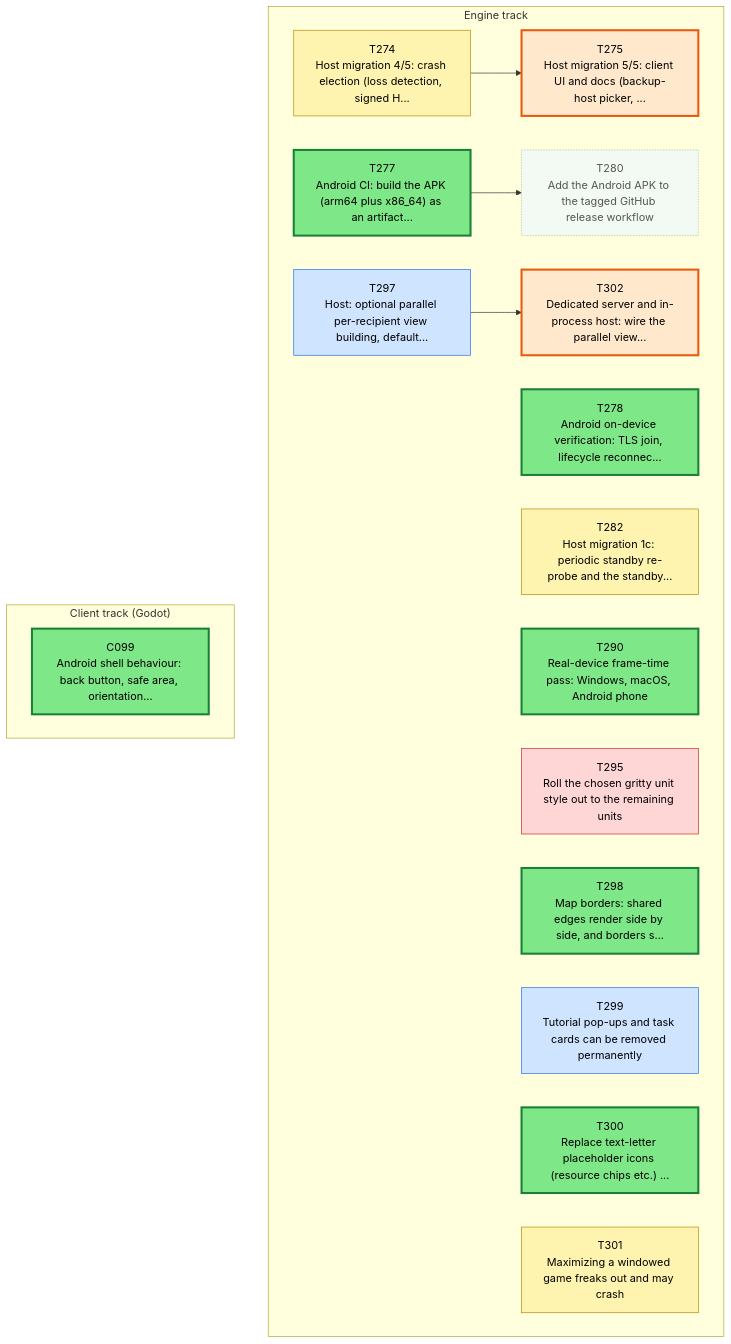
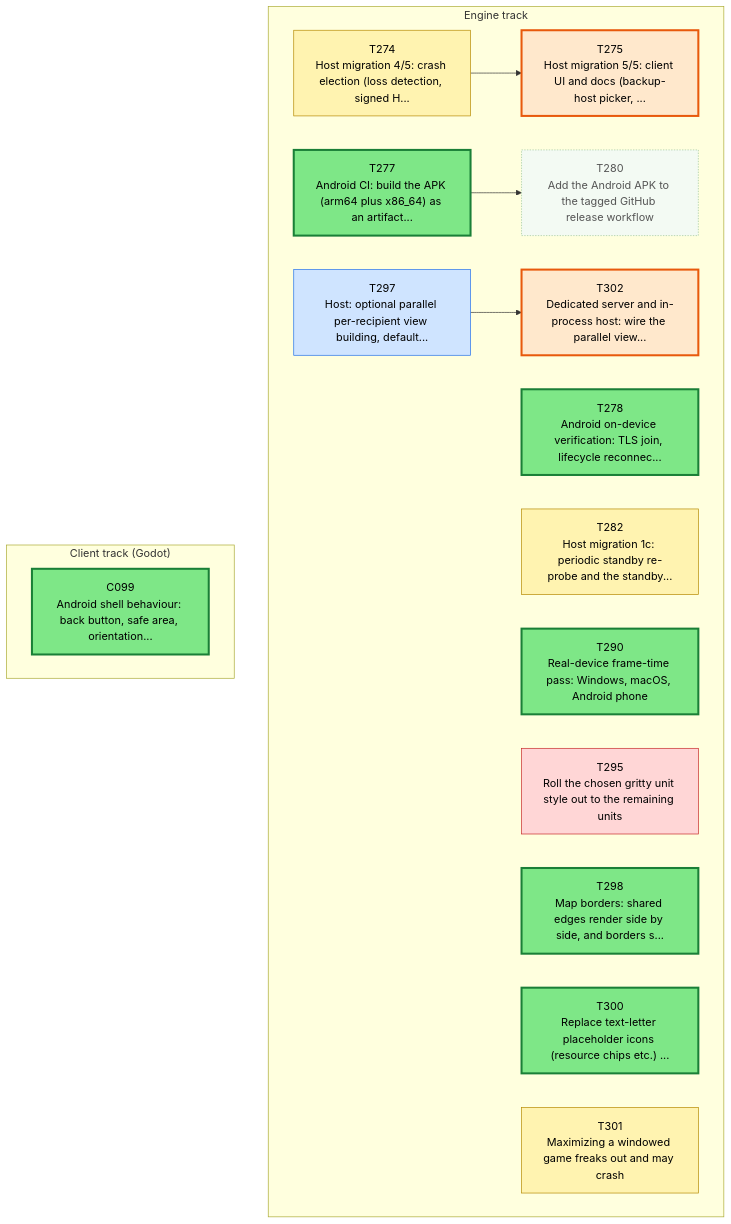
Before and after one commit to Kenmura/Unciv: the first of 3 diagrams in csharp/migration/DEPENDENCY_MAP.md, drawn with Mermaid. The commit also changed other lines of this file and 1 other file, not shown here.

Commit message:
migration: review T299 pass [Claude, isolated adversarial]

````diff
--- a/csharp/migration/DEPENDENCY_MAP.md
+++ b/csharp/migration/DEPENDENCY_MAP.md
@@ -35,47 +35,45 @@
 ```mermaid
 flowchart TD
   subgraph TTRACK["Engine track"]
     T274["T274<br/>Host migration 4/5: crash election (loss detection, signed H..."]
     T275["T275<br/>Host migration 5/5: client UI and docs (backup-host picker, ..."]
     T277["T277<br/>Android CI: build the APK (arm64 plus x86_64) as an artifact..."]
     T278["T278<br/>Android on-device verification: TLS join, lifecycle reconnec..."]
     T280["T280<br/>Add the Android APK to the tagged GitHub release workflow"]
     T282["T282<br/>Host migration 1c: periodic standby re-probe and the standby..."]
     T290["T290<br/>Real-device frame-time pass: Windows, macOS, Android phone"]
     T295["T295<br/>Roll the chosen gritty unit style out to the remaining units"]
     T297["T297<br/>Host: optional parallel per-recipient view building, default..."]
     T298["T298<br/>Map borders: shared edges render side by side, and borders s..."]
-    T299["T299<br/>Tutorial pop-ups and task cards can be removed permanently"]
     T300["T300<br/>Replace text-letter placeholder icons (resource chips etc.) ..."]
     T301["T301<br/>Maximizing a windowed game freaks out and may crash"]
     T302["T302<br/>Dedicated server and in-process host: wire the parallel view..."]
   end
   subgraph CTRACK["Client track (Godot)"]
     C099["C099<br/>Android shell behaviour: back button, safe area, orientation..."]
   end
   T274 --> T275
   T277 --> T280
   T297 --> T302
   classDef waiting fill:#f3faf3,stroke:#9bc49b,color:#555,stroke-dasharray:2 2
   classDef ondeck fill:#ffe8cc,stroke:#e8590c,stroke-width:3px,color:#000
   classDef ready fill:#7ee787,stroke:#1a7f37,stroke-width:3px,color:#000
   classDef prog fill:#fff3b0,stroke:#b58900,color:#000
   classDef review fill:#cfe4ff,stroke:#1f6feb,color:#000
   classDef blocked fill:#ffd6d6,stroke:#c62828,color:#000
   classDef done fill:#eeeeee,stroke:#999999,color:#666,stroke-dasharray:4 3
   class C099 ready
   class T274 prog
   class T275 ondeck
   class T277 ready
   class T278 ready
   class T280 waiting
   class T282 prog
   class T290 ready
   class T295 blocked
   class T297 review
   class T298 ready
-  class T299 review
   class T300 ready
   class T301 prog
   class T302 ondeck
 ```
````
